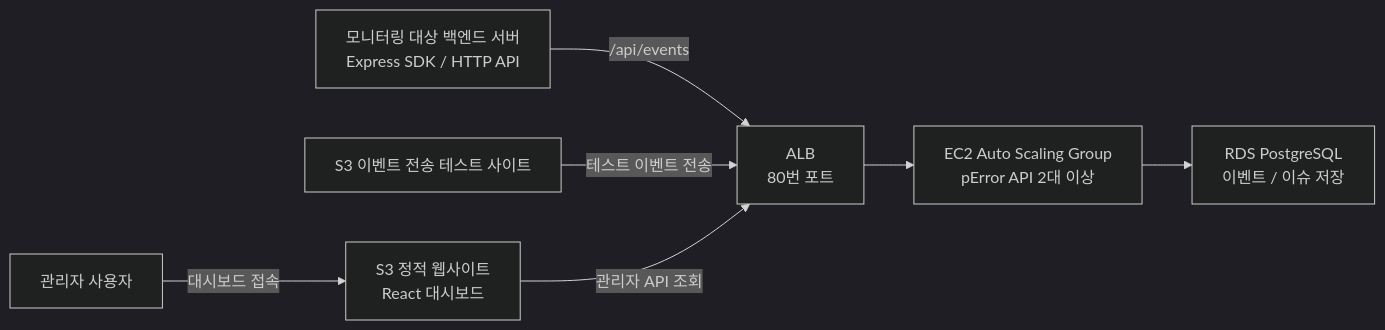
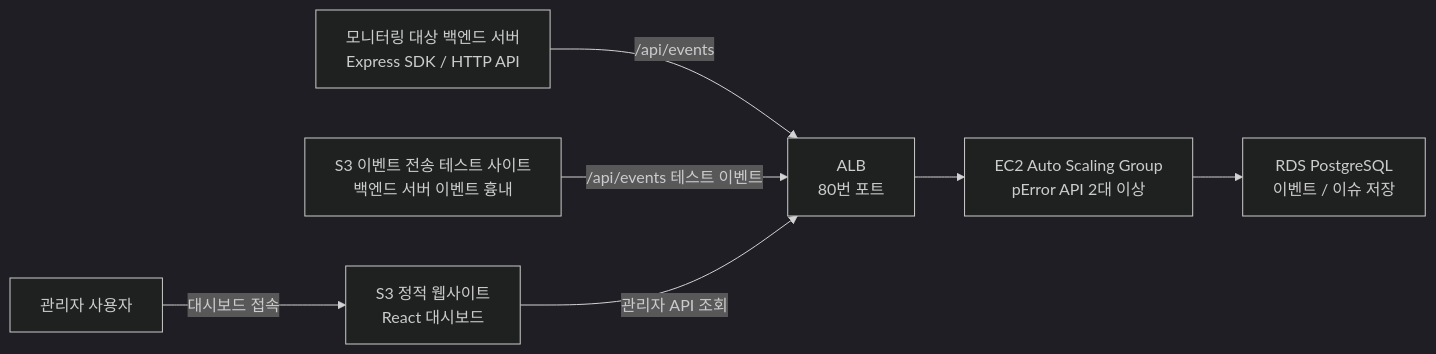
The diagram in docs/submission.md (thswldns77/pError), drawn with Mermaid (dark theme) before and after one commit. The commit also changed other lines of this file and 1 other file, not shown here.

Commit message:
docs: 테스트 이벤트 흐름 설명 보강

````diff
--- a/docs/submission.md
+++ b/docs/submission.md
@@ -48,18 +48,18 @@
 ```mermaid
 flowchart LR
   backend["모니터링 대상 백엔드 서버<br/>Express SDK / HTTP API"]
   admin["관리자 사용자"]
-  tester["S3 이벤트 전송 테스트 사이트"]
+  tester["S3 이벤트 전송 테스트 사이트<br/>백엔드 서버 이벤트 흉내"]
 
   s3["S3 정적 웹사이트<br/>React 대시보드"]
   alb["ALB<br/>80번 포트"]
   asg["EC2 Auto Scaling Group<br/>pError API 2대 이상"]
   rds["RDS PostgreSQL<br/>이벤트 / 이슈 저장"]
 
   backend -->|/api/events| alb
-  tester -->|테스트 이벤트 전송| alb
+  tester -->|/api/events 테스트 이벤트| alb
   admin -->|대시보드 접속| s3
   s3 -->|관리자 API 조회| alb
   alb --> asg
   asg --> rds
 ```
````
